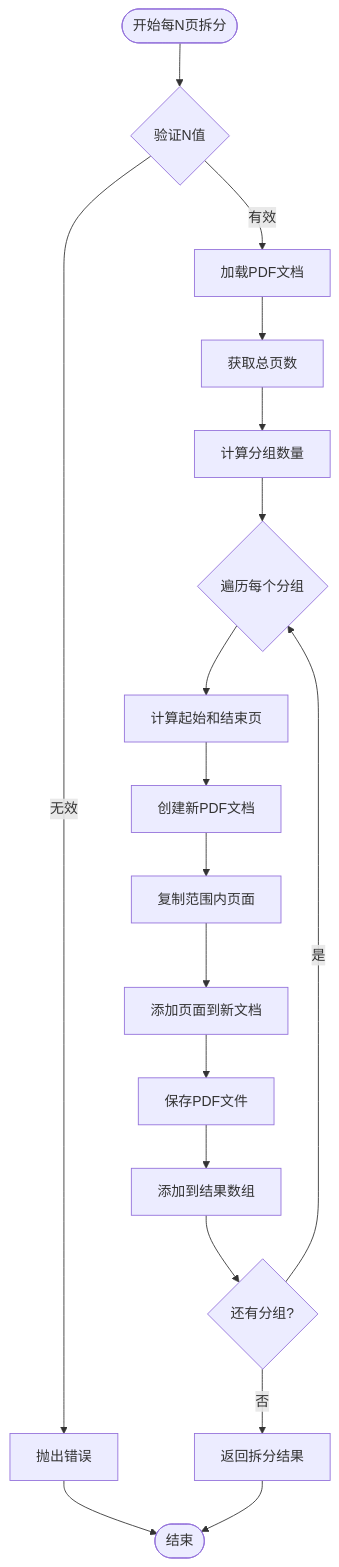
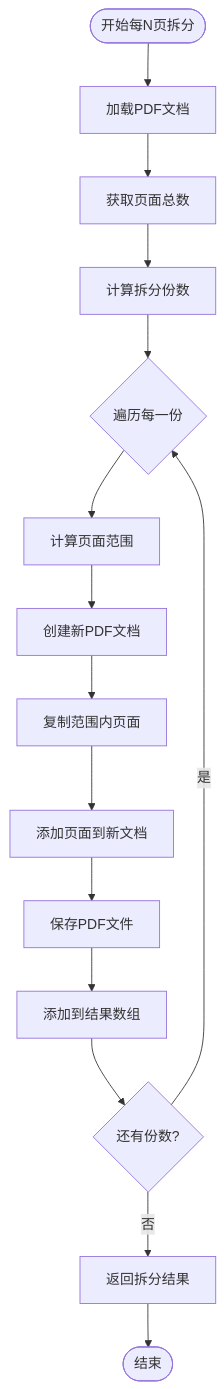
The fifth of 7 diagrams in .qoder/repowiki/zh/content/PDF工具/PDF拆分工具.md (sgyy/privadeck), drawn with Mermaid before and after one commit. The commit also changed other lines of this file and 48 other files, not shown here.

````diff
--- a/.qoder/repowiki/zh/content/PDF工具/PDF拆分工具.md
+++ b/.qoder/repowiki/zh/content/PDF工具/PDF拆分工具.md
@@ -335,20 +337,17 @@
 ```mermaid
 flowchart TD
-Start([开始每N页拆分]) --> ValidateN{验证N值}
-ValidateN --> |无效| Error[抛出错误]
-ValidateN --> |有效| LoadPdf[加载PDF文档]
-LoadPdf --> GetTotal[获取总页数]
-GetTotal --> CalcParts[计算分组数量]
-CalcParts --> LoopParts{遍历每个分组}
-LoopParts --> CalcRange[计算起始和结束页]
+Start([开始每N页拆分]) --> LoadPdf[加载PDF文档]
+LoadPdf --> GetCount[获取页面总数]
+GetCount --> CalcParts[计算拆分份数]
+CalcParts --> LoopParts{遍历每一份}
+LoopParts --> CalcRange[计算页面范围]
 CalcRange --> CreateNewPdf[创建新PDF文档]
 CreateNewPdf --> CopyPages[复制范围内页面]
 CopyPages --> AddPages[添加页面到新文档]
 AddPages --> SavePdf[保存PDF文件]
 SavePdf --> PushResult[添加到结果数组]
-PushResult --> NextPart{还有分组?}
-NextPart --> |是| LoopParts
-NextPart --> |否| ReturnResults[返回拆分结果]
-Error --> End([结束])
-ReturnResults --> End
+PushResult --> LoopEnd{还有份数?}
+LoopEnd --> |是| LoopParts
+LoopEnd --> |否| ReturnResults[返回拆分结果]
+ReturnResults --> End([结束])
 ```
````
